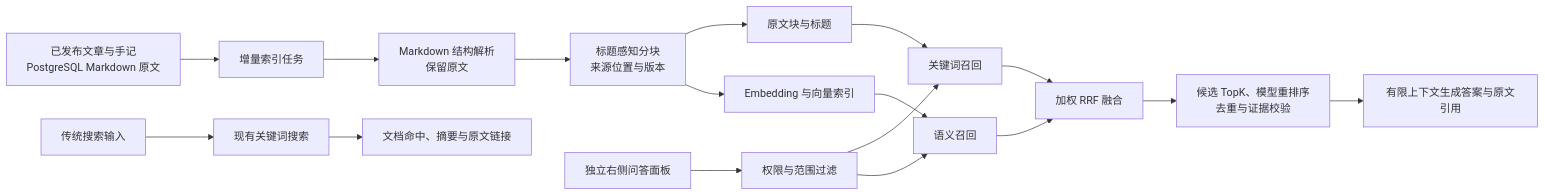
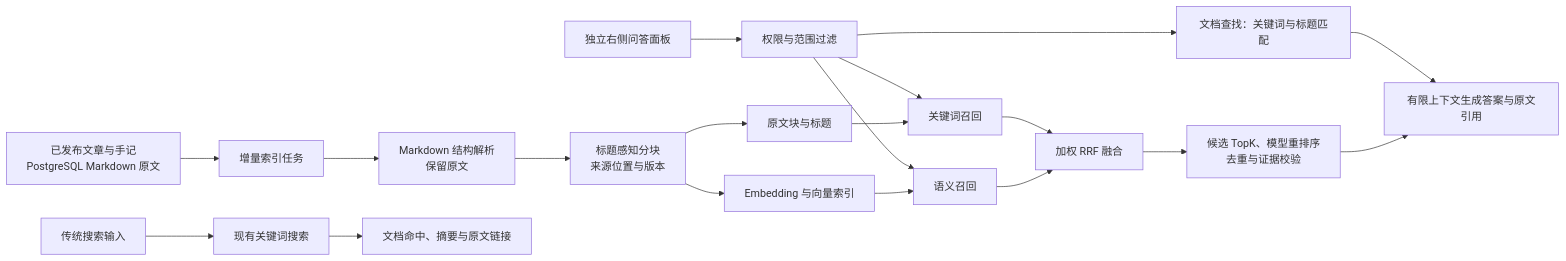
Before and after one commit to shawns-yao/Blog: the diagram in RAG.md, drawn with Mermaid. The commit also changed other lines of this file and 2 other files, not shown here.

````diff
--- a/RAG.md
+++ b/RAG.md
@@ -15,19 +15,21 @@
 ```mermaid
 flowchart LR
     A[已发布文章与手记<br/>PostgreSQL Markdown 原文] --> B[增量索引任务]
     B --> C[Markdown 结构解析<br/>保留原文]
     C --> D[标题感知分块<br/>来源位置与版本]
     D --> E[原文块与标题]
     D --> F[Embedding 与向量索引]
     S[传统搜索输入] --> T[现有关键词搜索]
     T --> U[文档命中、摘要与原文链接]
     Q[独立右侧问答面板] --> G[权限与范围过滤]
+    G --> V[文档查找：关键词与标题匹配]
+    V --> L
     G --> H[关键词召回]
     G --> I[语义召回]
     E --> H
     F --> I
     H --> J[加权 RRF 融合]
     I --> J
     J --> K[候选 TopK、模型重排序<br/>去重与证据校验]
     K --> L[有限上下文生成答案与原文引用]
 ```
````
